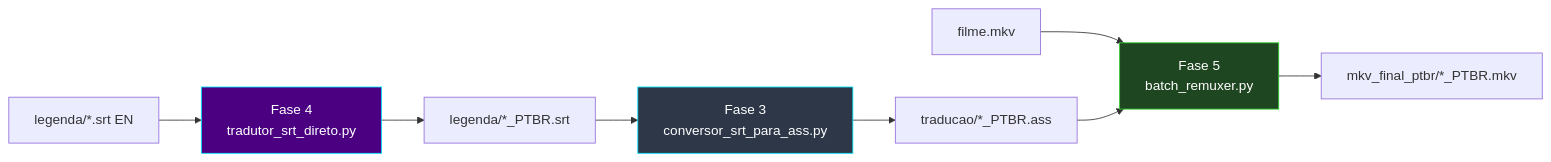
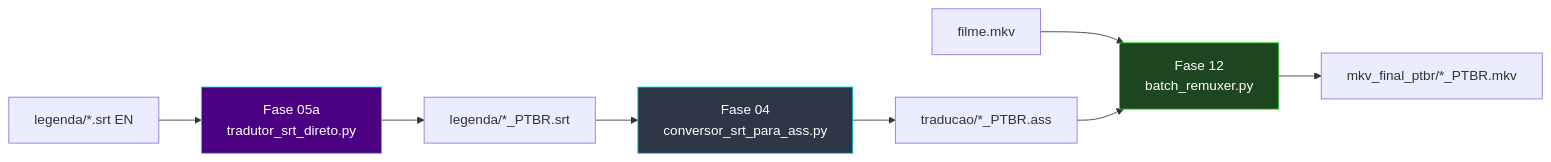
Before and after one commit to carmipa/projeto-tracker-animes-traducao: the third of 15 diagrams in docs/arquitetura.md, drawn with Mermaid. The commit also changed other lines of this file and 42 other files, not shown here.

````diff
--- a/docs/arquitetura.md
+++ b/docs/arquitetura.md
@@ -128,15 +150,14 @@
 ```mermaid
 flowchart LR
-    SRT["legenda/*.srt EN"] --> F4["Fase 4\ntradutor_srt_direto.py"]
-    F4 --> SRTPT["legenda/*_PTBR.srt"]
-    SRTPT --> F3["Fase 3\nconversor_srt_para_ass.py"]
-    F3 --> ASS["traducao/*_PTBR.ass"]
+    B_SRT["legenda/*.srt EN"] --> B_F05A["Fase 05a<br/>tradutor_srt_direto.py"]
+    B_F05A --> B_SRTPT["legenda/*_PTBR.srt"]
+    B_SRTPT --> B_F04["Fase 04<br/>conversor_srt_para_ass.py"]
+    B_F04 --> B_ASS["traducao/*_PTBR.ass"]
+    B_MKV["filme.mkv"] --> B_F12["Fase 12<br/>batch_remuxer.py"]
+    B_ASS --> B_F12
+    B_F12 --> B_OUT["mkv_final_ptbr/*_PTBR.mkv"]
 
-    MKV["filme.mkv"] --> F5["Fase 5\nbatch_remuxer.py"]
-    ASS --> F5
-    F5 --> OUT["mkv_final_ptbr/*_PTBR.mkv"]
-
-    style F4 fill:#4B0082,stroke:#00E5FF,color:#fff
-    style F3 fill:#2d3748,stroke:#00E5FF,color:#fff
-    style F5 fill:#1e4620,stroke:#32CD32,color:#fff
+    style B_F05A fill:#4B0082,stroke:#00E5FF,color:#fff
+    style B_F04 fill:#2d3748,stroke:#00E5FF,color:#fff
+    style B_F12 fill:#1e4620,stroke:#32CD32,color:#fff
 ```
````
